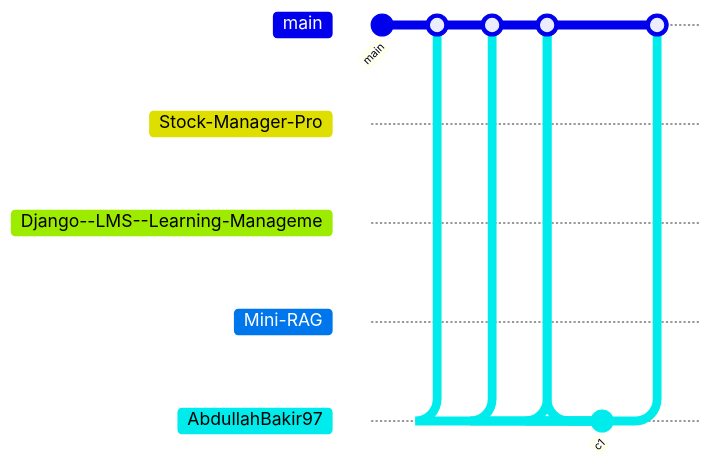
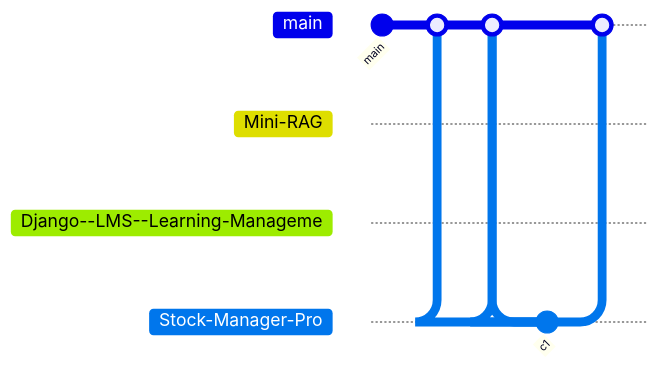
The diagram in README.md (AbdullahBakir97/AbdullahBakir97), drawn with Mermaid before and after one commit. The commit also changed other lines of this file and 4 other files, not shown here.

````diff
--- a/README.md
+++ b/README.md
@@ -336,24 +336,19 @@
 ```mermaid
 gitGraph
    commit id: "main"
+   branch Mini-RAG
+   checkout Mini-RAG
+   commit id: "c1"
+   checkout main
+   merge Mini-RAG
+   branch Django--LMS--Learning-Manageme
+   checkout Django--LMS--Learning-Manageme
+   commit id: "c1"
+   checkout main
+   merge Django--LMS--Learning-Manageme
    branch Stock-Manager-Pro
    checkout Stock-Manager-Pro
    commit id: "c1"
    checkout main
    merge Stock-Manager-Pro
-   branch Django--LMS--Learning-Manageme
-   checkout Django--LMS--Learning-Manageme
-   commit id: "c1"
-   checkout main
-   merge Django--LMS--Learning-Manageme
-   branch Mini-RAG
-   checkout Mini-RAG
-   commit id: "c1"
-   checkout main
-   merge Mini-RAG
-   branch AbdullahBakir97
-   checkout AbdullahBakir97
-   commit id: "c1"
-   checkout main
-   merge AbdullahBakir97
 ```
````
